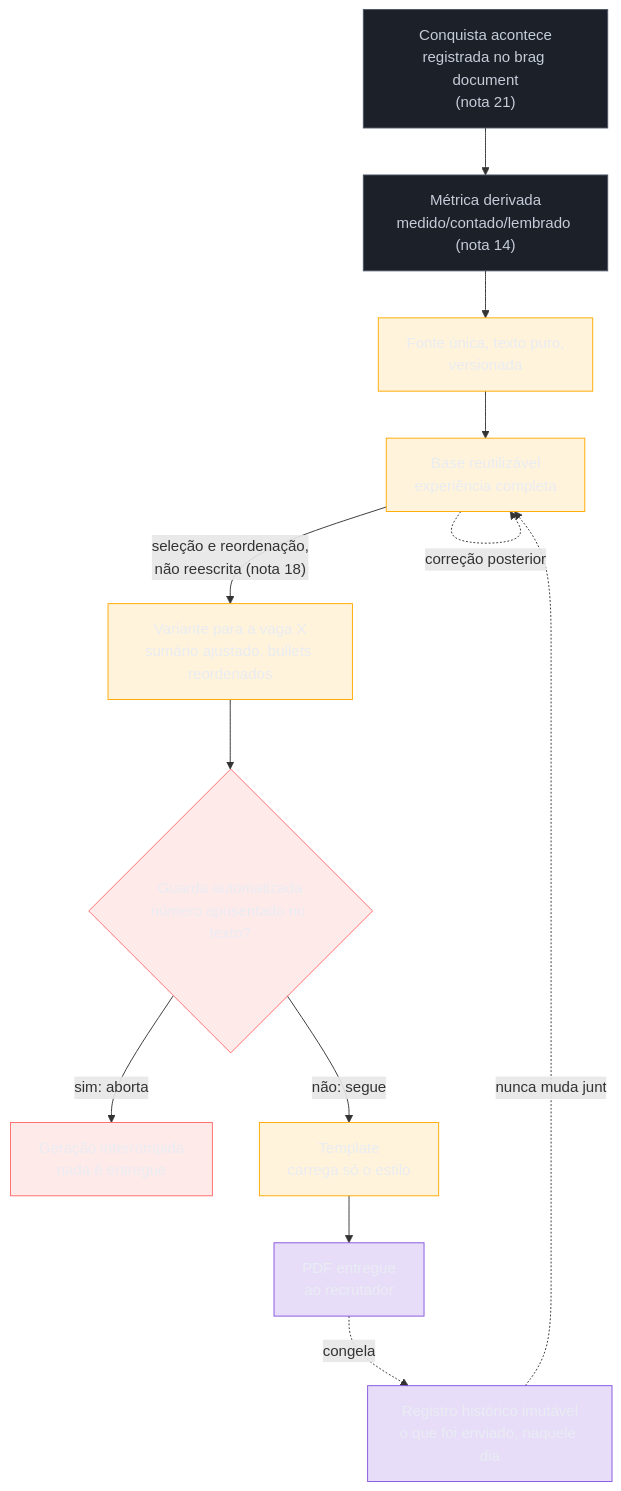
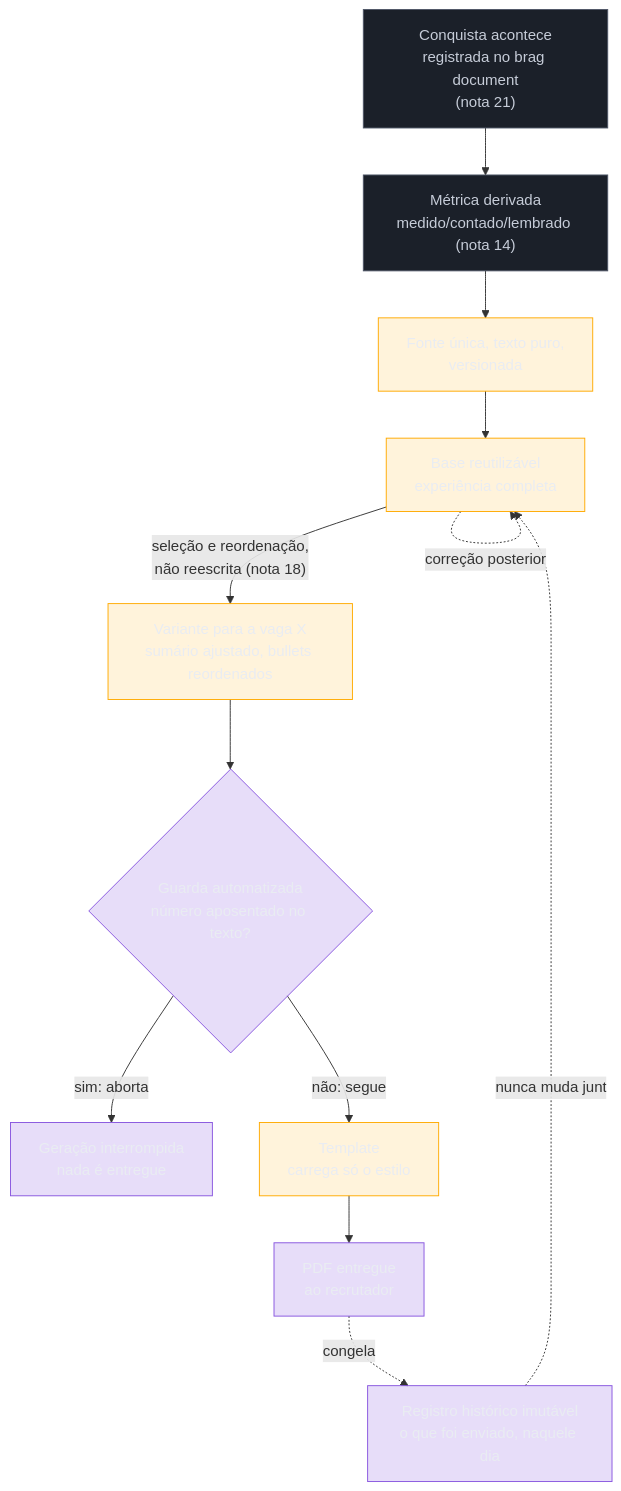
Before and after one commit to josenaldo/codex-technomanticus: the diagram in 03-Dominios/Carreira/Currículo/22 - O currículo como pipeline.md, drawn with Mermaid. The commit also changed 601 other files, not shown here.

````diff
--- a/03-Dominios/Carreira/Currículo/22 - O currículo como pipeline.md
+++ b/03-Dominios/Carreira/Currículo/22 - O currículo como pipeline.md
@@ -155,38 +155,37 @@
 ```mermaid
 flowchart TD
     classDef neutro fill:#1B2029,stroke:#4E5666,color:#C6CCD8
     classDef destaque fill:#FFAA0024,stroke:#FFAA00,color:#E9ECF2
-    classDef falha fill:#FF6B6B24,stroke:#FF6B6B,color:#E9ECF2
     classDef marca fill:#8855DF33,stroke:#8855DF,color:#E9ECF2
     Conquista["Conquista acontece<br/>registrada no brag document<br/>(nota 21)"] --> Deriv["Métrica derivada<br/>medido/contado/lembrado (nota 14)"]
 
     Deriv --> Fonte["Fonte única, texto puro,<br/>versionada"]
 
     Fonte --> Base["Base reutilizável<br/>experiência completa"]
 
     Base -->|"seleção e reordenação,<br/>não reescrita (nota 18)"| Var["Variante para a vaga X<br/>sumário ajustado, bullets reordenados"]
 
     Var --> Guarda{"Guarda automatizada<br/>número aposentado no texto?"}
 
     Guarda -->|"sim: aborta"| Bloqueio["Geração interrompida<br/>nada é entregue"]
 
     Guarda -->|"não: segue"| Template["Template<br/>carrega só o estilo"]
 
     Template --> PDF["PDF entregue<br/>ao recrutador"]
 
     PDF -.congela.-> Registro["Registro histórico imutável<br/>o que foi enviado, naquele dia"]
 
     Base -.correção posterior.-> Base
     Registro -.nunca muda junto.-> Base
 
     class Conquista neutro
     class Deriv neutro
     class Fonte destaque
     class Base destaque
     class Var destaque
-    class Guarda falha
-    class Bloqueio falha
+    class Guarda marca
+    class Bloqueio marca
     class Template destaque
     class PDF marca
     class Registro marca
 ```
````
